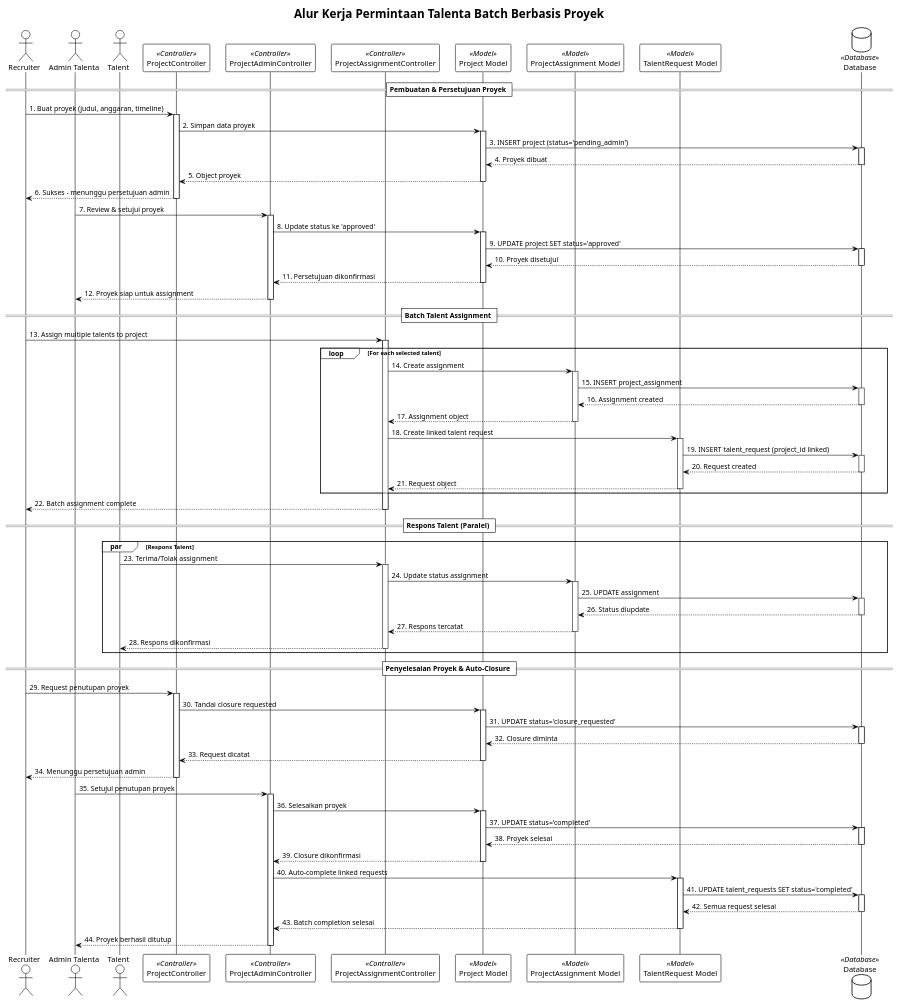
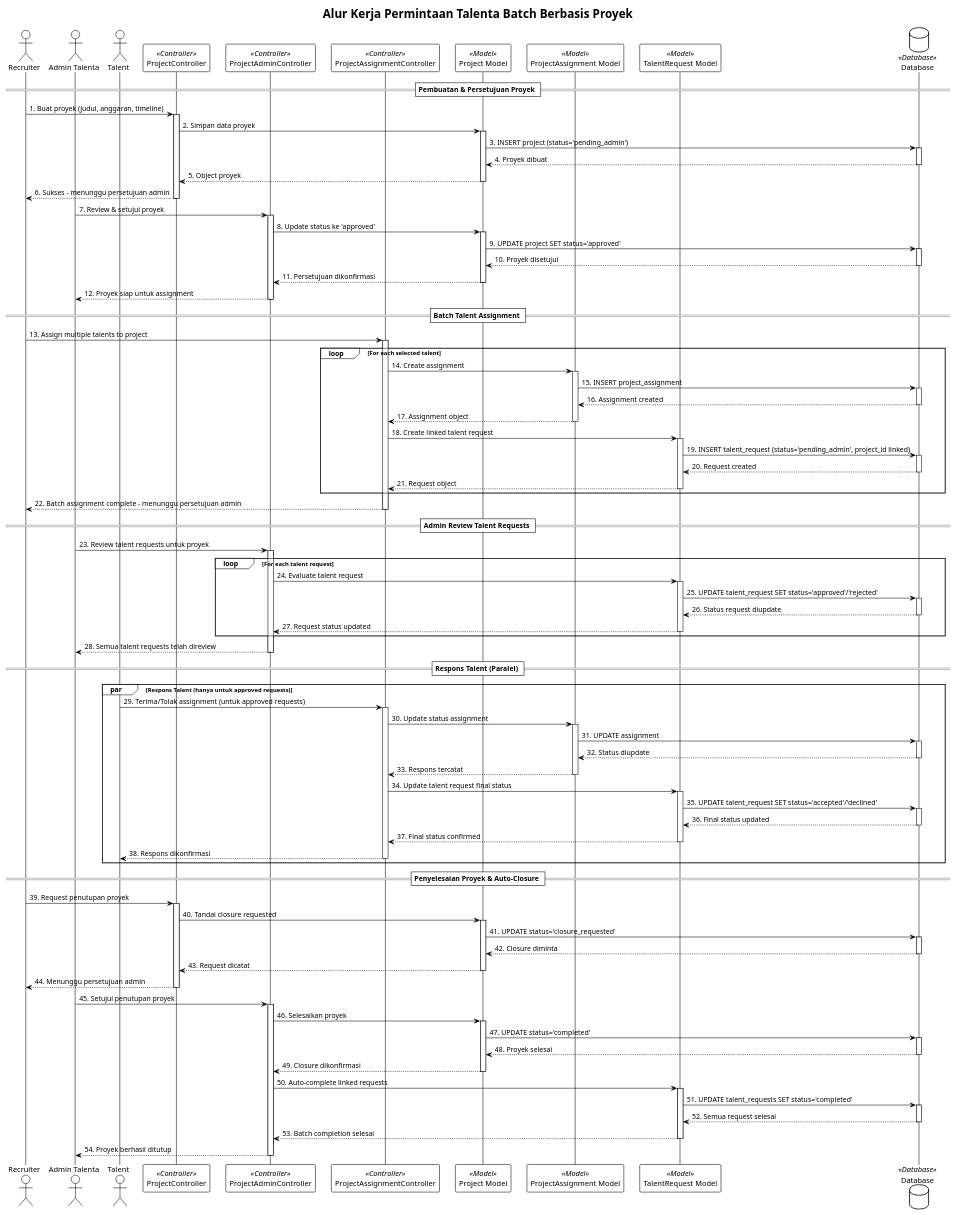
One commit to septianshft/LMS-FINAL-BOS changed the diagram in diagrams_documentation/TALENT_PROJECT_BATCH_WORKFLOW_SEQUENCE.puml. Above: the diagram before and after it, drawn with PlantUML. The commit also changed 40 other files, not shown here.

```diff
--- a/diagrams_documentation/TALENT_PROJECT_BATCH_WORKFLOW_SEQUENCE.puml
+++ b/diagrams_documentation/TALENT_PROJECT_BATCH_WORKFLOW_SEQUENCE.puml
@@ -1,126 +1,154 @@
 @startuml Talent_Project_Batch_Workflow
 !theme plain
 skinparam monochrome true
 skinparam shadowing false
 
 title Alur Kerja Permintaan Talenta Batch Berbasis Proyek
 
 actor Recruiter
 actor "Admin Talenta" as TalentAdmin
 actor Talent
 participant "ProjectController" as PC << Controller >>
 participant "ProjectAdminController" as PAC << Controller >>
 participant "ProjectAssignmentController" as AC << Controller >>
 participant "Project Model" as PM << Model >>
 participant "ProjectAssignment Model" as AM << Model >>
 participant "TalentRequest Model" as RM << Model >>
 database "Database" as DB << Database >>
 
 == Pembuatan & Persetujuan Proyek ==
 Recruiter -> PC: 1. Buat proyek (judul, anggaran, timeline)
 activate PC
 PC -> PM: 2. Simpan data proyek
 activate PM
 PM -> DB: 3. INSERT project (status='pending_admin')
 activate DB
 DB --> PM: 4. Proyek dibuat
 deactivate DB
 PM --> PC: 5. Object proyek
 deactivate PM
 PC --> Recruiter: 6. Sukses - menunggu persetujuan admin
 deactivate PC
 
 TalentAdmin -> PAC: 7. Review & setujui proyek
 activate PAC
 PAC -> PM: 8. Update status ke 'approved'
 activate PM
 PM -> DB: 9. UPDATE project SET status='approved'
 activate DB
 DB --> PM: 10. Proyek disetujui
 deactivate DB
 PM --> PAC: 11. Persetujuan dikonfirmasi
 deactivate PM
 PAC --> TalentAdmin: 12. Proyek siap untuk assignment
 deactivate PAC
 
 == Batch Talent Assignment ==
 Recruiter -> AC: 13. Assign multiple talents to project
 activate AC
 
 loop For each selected talent
     AC -> AM: 14. Create assignment
     activate AM
     AM -> DB: 15. INSERT project_assignment
     activate DB
     DB --> AM: 16. Assignment created
     deactivate DB
     AM --> AC: 17. Assignment object
     deactivate AM
 
     AC -> RM: 18. Create linked talent request
     activate RM
-    RM -> DB: 19. INSERT talent_request (project_id linked)
+    RM -> DB: 19. INSERT talent_request (status='pending_admin', project_id linked)
     activate DB
     DB --> RM: 20. Request created
     deactivate DB
     RM --> AC: 21. Request object
     deactivate RM
 end
 
-AC --> Recruiter: 22. Batch assignment complete
+AC --> Recruiter: 22. Batch assignment complete - menunggu persetujuan admin
 deactivate AC
 
+== Admin Review Talent Requests ==
+TalentAdmin -> PAC: 23. Review talent requests untuk proyek
+activate PAC
+
+loop For each talent request
+    PAC -> RM: 24. Evaluate talent request
+    activate RM
+    RM -> DB: 25. UPDATE talent_request SET status='approved'/'rejected'
+    activate DB
+    DB --> RM: 26. Status request diupdate
+    deactivate DB
+    RM --> PAC: 27. Request status updated
+    deactivate RM
+end
+
+PAC --> TalentAdmin: 28. Semua talent requests telah direview
+deactivate PAC
+
 == Respons Talent (Paralel) ==
-par Respons Talent
-    Talent -> AC: 23. Terima/Tolak assignment
+par Respons Talent (hanya untuk approved requests)
+    Talent -> AC: 29. Terima/Tolak assignment (untuk approved requests)
     activate AC
-    AC -> AM: 24. Update status assignment
+    AC -> AM: 30. Update status assignment
     activate AM
-    AM -> DB: 25. UPDATE assignment
+    AM -> DB: 31. UPDATE assignment
     activate DB
-    DB --> AM: 26. Status diupdate
+    DB --> AM: 32. Status diupdate
     deactivate DB
-    AM --> AC: 27. Respons tercatat
+    AM --> AC: 33. Respons tercatat
     deactivate AM
-    AC --> Talent: 28. Respons dikonfirmasi
+    
+    AC -> RM: 34. Update talent request final status
+    activate RM
+    RM -> DB: 35. UPDATE talent_request SET status='accepted'/'declined'
+    activate DB
+    DB --> RM: 36. Final status updated
+    deactivate DB
+    RM --> AC: 37. Final status confirmed
+    deactivate RM
+    
+    AC --> Talent: 38. Respons dikonfirmasi
     deactivate AC
 end
 
 == Penyelesaian Proyek & Auto-Closure ==
-Recruiter -> PC: 29. Request penutupan proyek
+Recruiter -> PC: 39. Request penutupan proyek
 activate PC
-PC -> PM: 30. Tandai closure requested
+PC -> PM: 40. Tandai closure requested
 activate PM
-PM -> DB: 31. UPDATE status='closure_requested'
+PM -> DB: 41. UPDATE status='closure_requested'
 activate DB
-DB --> PM: 32. Closure diminta
+DB --> PM: 42. Closure diminta
 deactivate DB
-PM --> PC: 33. Request dicatat
+PM --> PC: 43. Request dicatat
 deactivate PM
-PC --> Recruiter: 34. Menunggu persetujuan admin
+PC --> Recruiter: 44. Menunggu persetujuan admin
 deactivate PC
 
-TalentAdmin -> PAC: 35. Setujui penutupan proyek
+TalentAdmin -> PAC: 45. Setujui penutupan proyek
 activate PAC
-PAC -> PM: 36. Selesaikan proyek
+PAC -> PM: 46. Selesaikan proyek
 activate PM
-PM -> DB: 37. UPDATE status='completed'
+PM -> DB: 47. UPDATE status='completed'
 activate DB
-DB --> PM: 38. Proyek selesai
+DB --> PM: 48. Proyek selesai
 deactivate DB
-PM --> PAC: 39. Closure dikonfirmasi
+PM --> PAC: 49. Closure dikonfirmasi
 deactivate PM
 
-PAC -> RM: 40. Auto-complete linked requests
+PAC -> RM: 50. Auto-complete linked requests
 activate RM
-RM -> DB: 41. UPDATE talent_requests SET status='completed'
+RM -> DB: 51. UPDATE talent_requests SET status='completed'
 activate DB
-DB --> RM: 42. Semua request selesai
+DB --> RM: 52. Semua request selesai
 deactivate DB
-RM --> PAC: 43. Batch completion selesai
+RM --> PAC: 53. Batch completion selesai
 deactivate RM
 
-PAC --> TalentAdmin: 44. Proyek berhasil ditutup
+PAC --> TalentAdmin: 54. Proyek berhasil ditutup
 deactivate PAC
 
 @enduml
```
